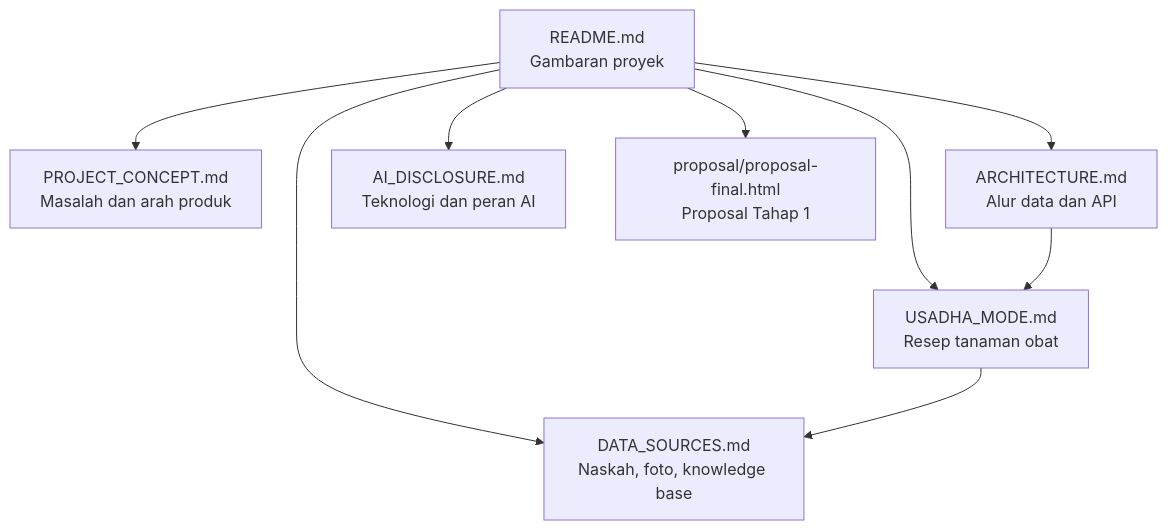
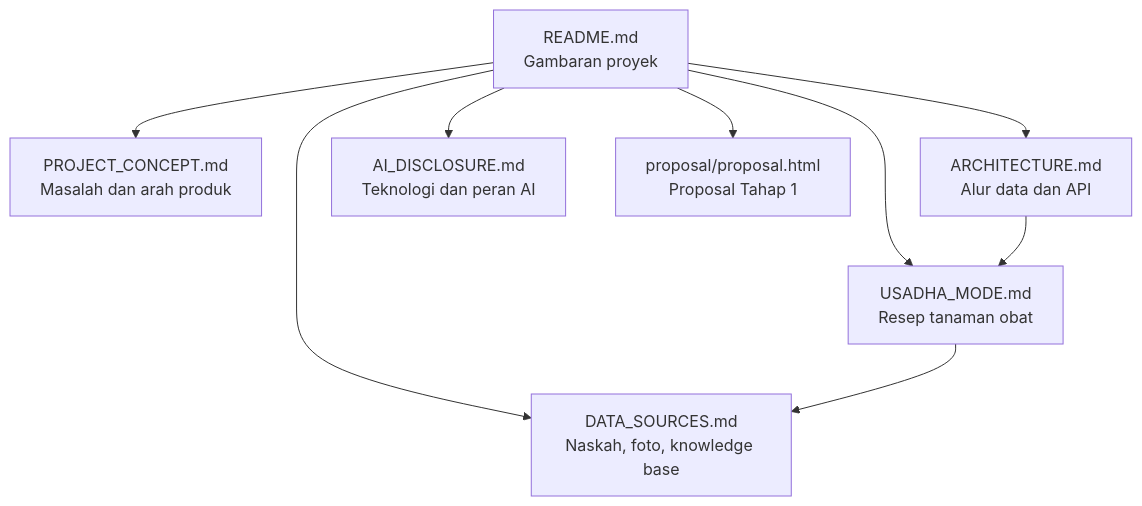
One commit to 0xMinomus/bukalontar changed the diagram in docs/README.md. Above: the diagram before and after it, drawn with Mermaid. The commit also changed other lines of this file and 33 other files, not shown here.

````diff
--- a/docs/README.md
+++ b/docs/README.md
@@ -18,11 +19,11 @@
 ```mermaid
 graph TD
     README["README.md<br/>Gambaran proyek"] --> CONCEPT["PROJECT_CONCEPT.md<br/>Masalah dan arah produk"]
     README --> ARCH["ARCHITECTURE.md<br/>Alur data dan API"]
     README --> USADHA["USADHA_MODE.md<br/>Resep tanaman obat"]
     README --> SOURCES["DATA_SOURCES.md<br/>Naskah, foto, knowledge base"]
     README --> DISCLOSURE["AI_DISCLOSURE.md<br/>Teknologi dan peran AI"]
-    README --> PROPOSAL["proposal/proposal-final.html<br/>Proposal Tahap 1"]
+    README --> PROPOSAL["proposal/proposal.html<br/>Proposal Tahap 1"]
     ARCH --> USADHA
     USADHA --> SOURCES
 ```
````
